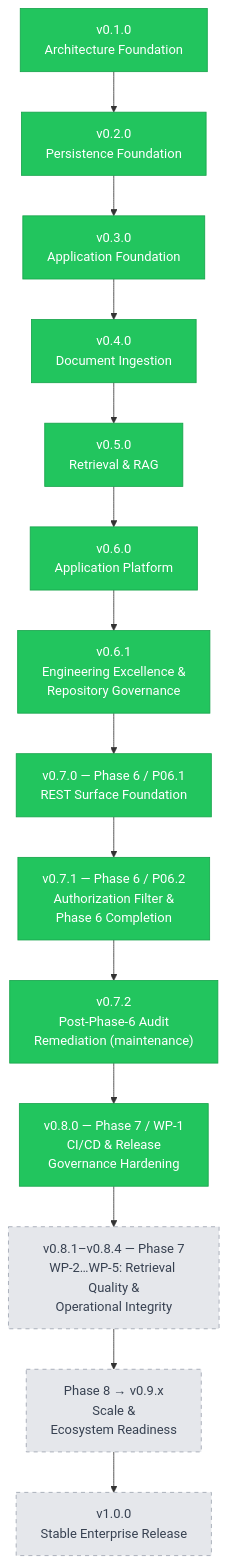
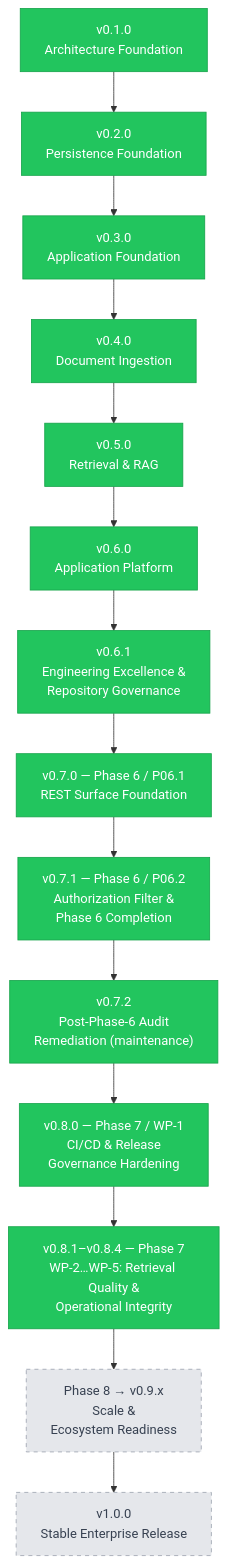
Before and after one commit to mudassirshahzad/project-eka: the diagram in README.md, drawn with Mermaid. The commit also changed other lines of this file and 2 other files, not shown here.

````diff
--- a/README.md
+++ b/README.md
@@ -398,22 +410,22 @@
 ```mermaid
 graph TD
     A["v0.1.0<br/>Architecture Foundation"] --> B["v0.2.0<br/>Persistence Foundation"]
     B --> C["v0.3.0<br/>Application Foundation"]
     C --> D["v0.4.0<br/>Document Ingestion"]
     D --> E["v0.5.0<br/>Retrieval &amp; RAG"]
     E --> F["v0.6.0<br/>Application Platform"]
     F --> G["v0.6.1<br/>Engineering Excellence &amp;<br/>Repository Governance"]
     G --> H["v0.7.0 — Phase 6 / P06.1<br/>REST Surface Foundation"]
     H --> I["v0.7.1 — Phase 6 / P06.2<br/>Authorization Filter &amp;<br/>Phase 6 Completion"]
     I --> I2["v0.7.2<br/>Post-Phase-6 Audit<br/>Remediation (maintenance)"]
     I2 --> J1["v0.8.0 — Phase 7 / WP-1<br/>CI/CD &amp; Release<br/>Governance Hardening"]
     J1 --> J2["v0.8.1–v0.8.4 — Phase 7<br/>WP-2…WP-5: Retrieval Quality &amp;<br/>Operational Integrity"]
     J2 --> K["Phase 8 → v0.9.x<br/>Scale &amp;<br/>Ecosystem Readiness"]
     K --> L["v1.0.0<br/>Stable Enterprise Release"]
 
     classDef done fill:#22c55e,stroke:#16a34a,color:#ffffff
     classDef planned fill:#e5e7eb,stroke:#9ca3af,color:#374151,stroke-dasharray: 5 5
 
-    class A,B,C,D,E,F,G,H,I,I2,J1 done
-    class J2,K,L planned
+    class A,B,C,D,E,F,G,H,I,I2,J1,J2 done
+    class K,L planned
 ```
````
